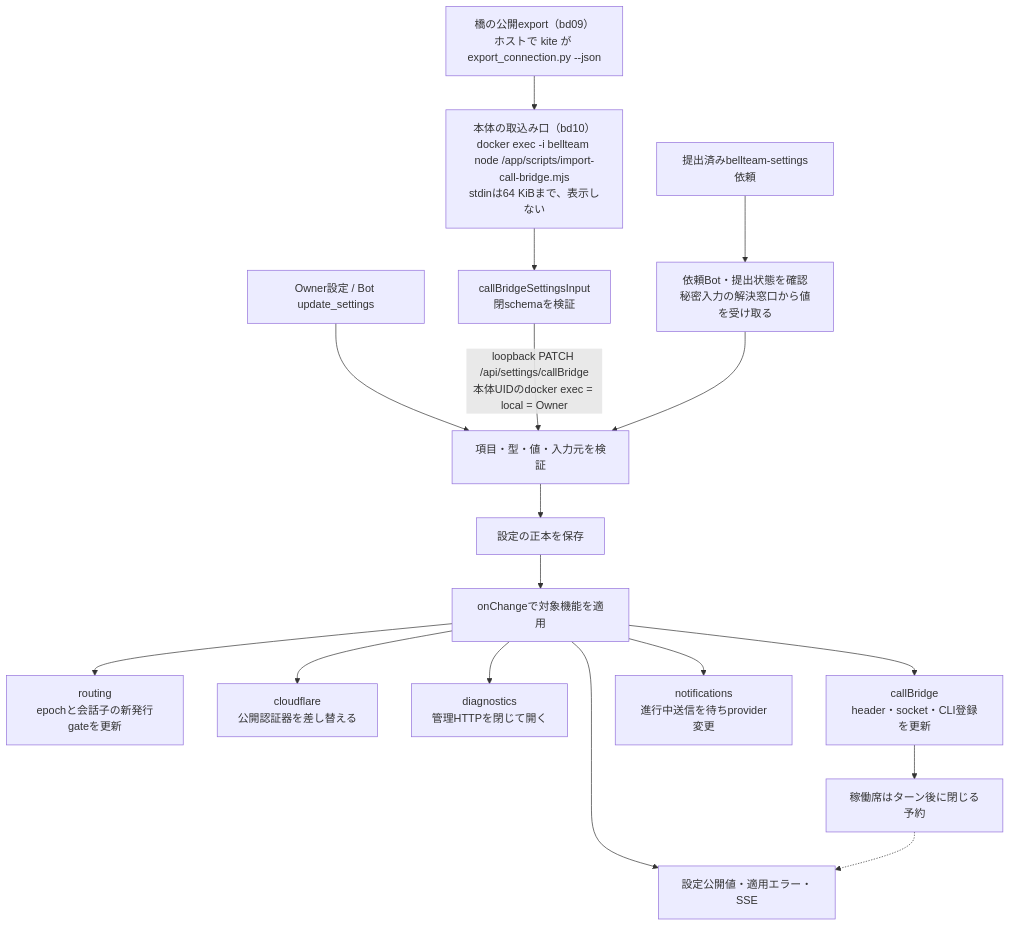
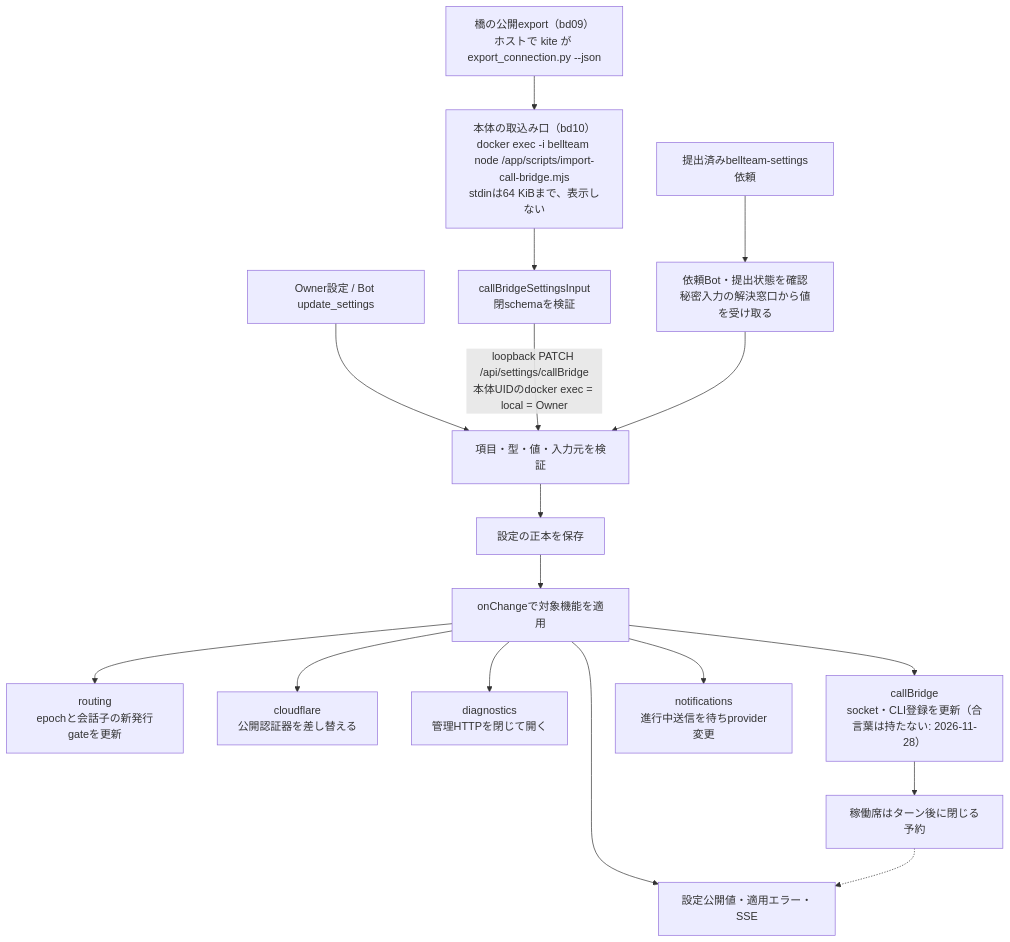
One commit to kitepon/BellTeam changed the fourth of 8 diagrams in docs/architecture/modules/usage/flows.md. Above: the diagram before and after it, drawn with Mermaid. The commit also changed other lines of this file and 19 other files, not shown here.

First line of the commit message:
BellTeam holds no call-bridge bearer: the seat relay goes through the auth module's http-stream on the body's caller socket

````diff
--- a/docs/architecture/modules/usage/flows.md
+++ b/docs/architecture/modules/usage/flows.md
@@ -118,20 +118,20 @@
 ```mermaid
 flowchart TD
   Input["Owner設定 / Bot update_settings"] --> Validate
   Export["橋の公開export（bd09）<br/>ホストで kite が export_connection.py --json"] --> Entry["本体の取込み口（bd10）<br/>docker exec -i bellteam node /app/scripts/import-call-bridge.mjs<br/>stdinは64 KiBまで、表示しない"]
   Entry --> Import["callBridgeSettingsInput<br/>閉schemaを検証"]
   Import -->|"loopback PATCH /api/settings/callBridge<br/>本体UIDのdocker exec = local = Owner"| Validate
   Validate["項目・型・値・入力元を検証"]
   Secret["提出済みbellteam-settings依頼"] --> Read["依頼Bot・提出状態を確認<br/>秘密入力の解決窓口から値を受け取る"]
   Read --> Validate
   Validate --> Save["設定の正本を保存"]
   Save --> Apply["onChangeで対象機能を適用"]
   Apply --> Route["routing<br/>epochと会話子の新発行gateを更新"]
   Apply --> CF["cloudflare<br/>公開認証器を差し替える"]
   Apply --> Diag["diagnostics<br/>管理HTTPを閉じて開く"]
-  Apply --> Call["callBridge<br/>header・socket・CLI登録を更新"]
+  Apply --> Call["callBridge<br/>socket・CLI登録を更新（合言葉は持たない: 2026-11-28）"]
   Apply --> Push["notifications<br/>進行中送信を待ちprovider変更"]
   Call --> Pending["稼働席はターン後に閉じる予約"]
   Apply --> View["設定公開値・適用エラー・SSE"]
   Pending -.-> View
 ```
````
